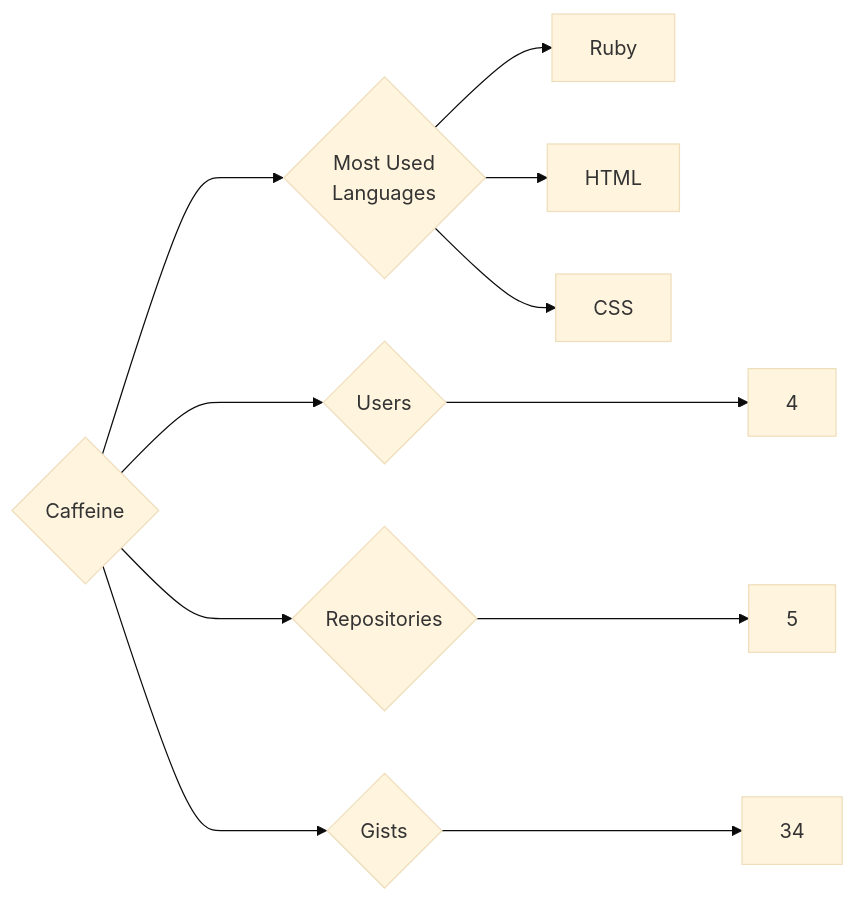
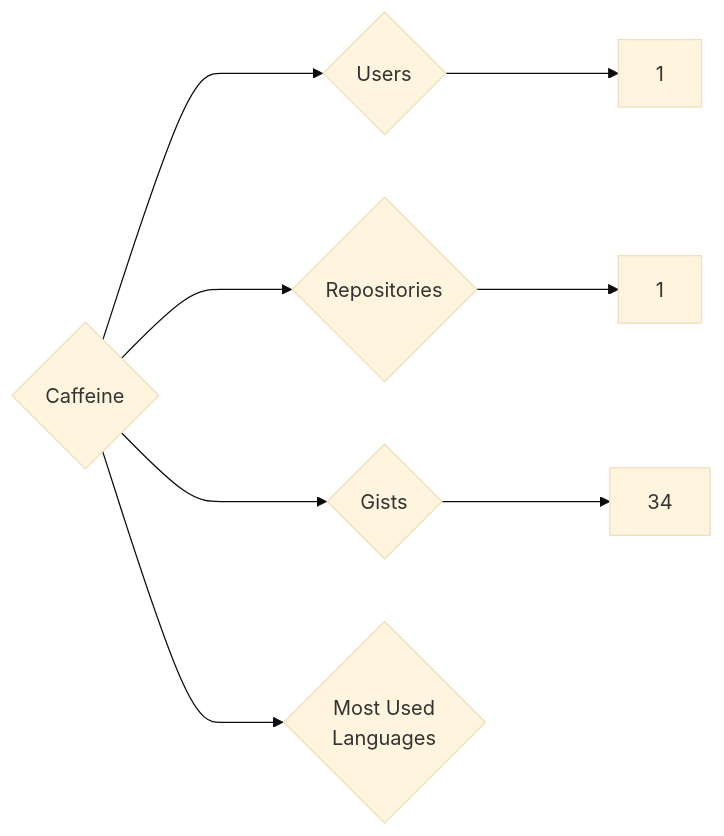
One commit to trickest/insiders changed the diagram in targets/Caffeine/README.md. Above: the diagram before and after it, drawn with Mermaid (base theme). The commit also changed 942 other files, not shown here.

````diff
--- a/targets/Caffeine/README.md
+++ b/targets/Caffeine/README.md
@@ -3,11 +3,8 @@
 ```mermaid
 graph LR
 COMPANY_NAME{Caffeine}
-COMPANY_NAME ---> U{Users} ---> UN[4]
-COMPANY_NAME ---> R{Repositories} ---> RN[5]
+COMPANY_NAME ---> U{Users} ---> UN[1]
+COMPANY_NAME ---> R{Repositories} ---> RN[1]
 COMPANY_NAME ---> G{Gists} ---> GN[34]
 COMPANY_NAME ---> ML{Most Used<br>Languages}
-ML --> Ruby[Ruby]
-ML --> HTML[HTML]
-ML --> CSS[CSS]
 ```
````
